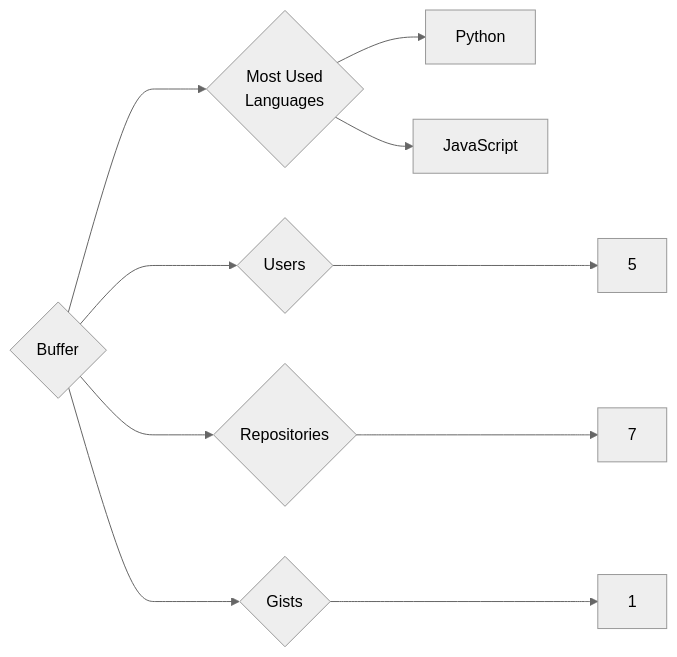
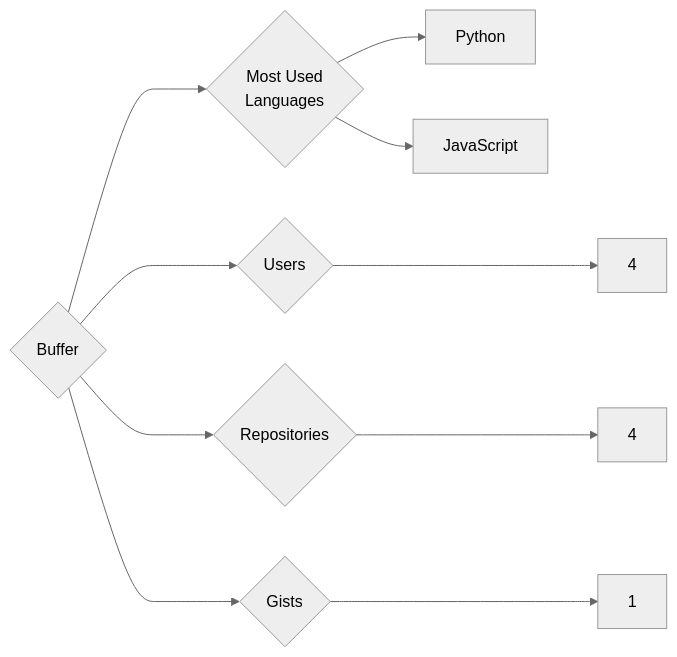
Before and after one commit to trickest/insiders: the diagram in targets/Buffer/README.md, drawn with Mermaid (neutral theme). The commit also changed 723 other files, not shown here.

````diff
--- a/targets/Buffer/README.md
+++ b/targets/Buffer/README.md
@@ -3,10 +3,10 @@
 ```mermaid
 graph LR
 COMPANY_NAME{Buffer}
-COMPANY_NAME ---> U{Users} ---> UN[5]
-COMPANY_NAME ---> R{Repositories} ---> RN[7]
+COMPANY_NAME ---> U{Users} ---> UN[4]
+COMPANY_NAME ---> R{Repositories} ---> RN[4]
 COMPANY_NAME ---> G{Gists} ---> GN[1]
 COMPANY_NAME ---> ML{Most Used<br>Languages}
 ML --> Python[Python]
 ML --> JavaScript[JavaScript]
 ```
````
